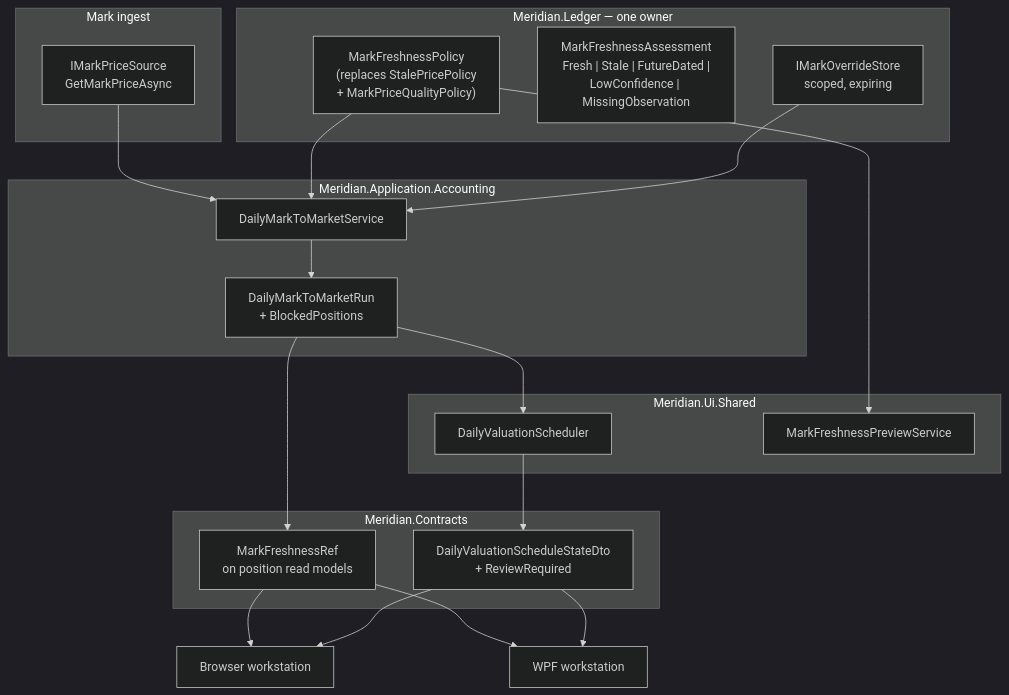
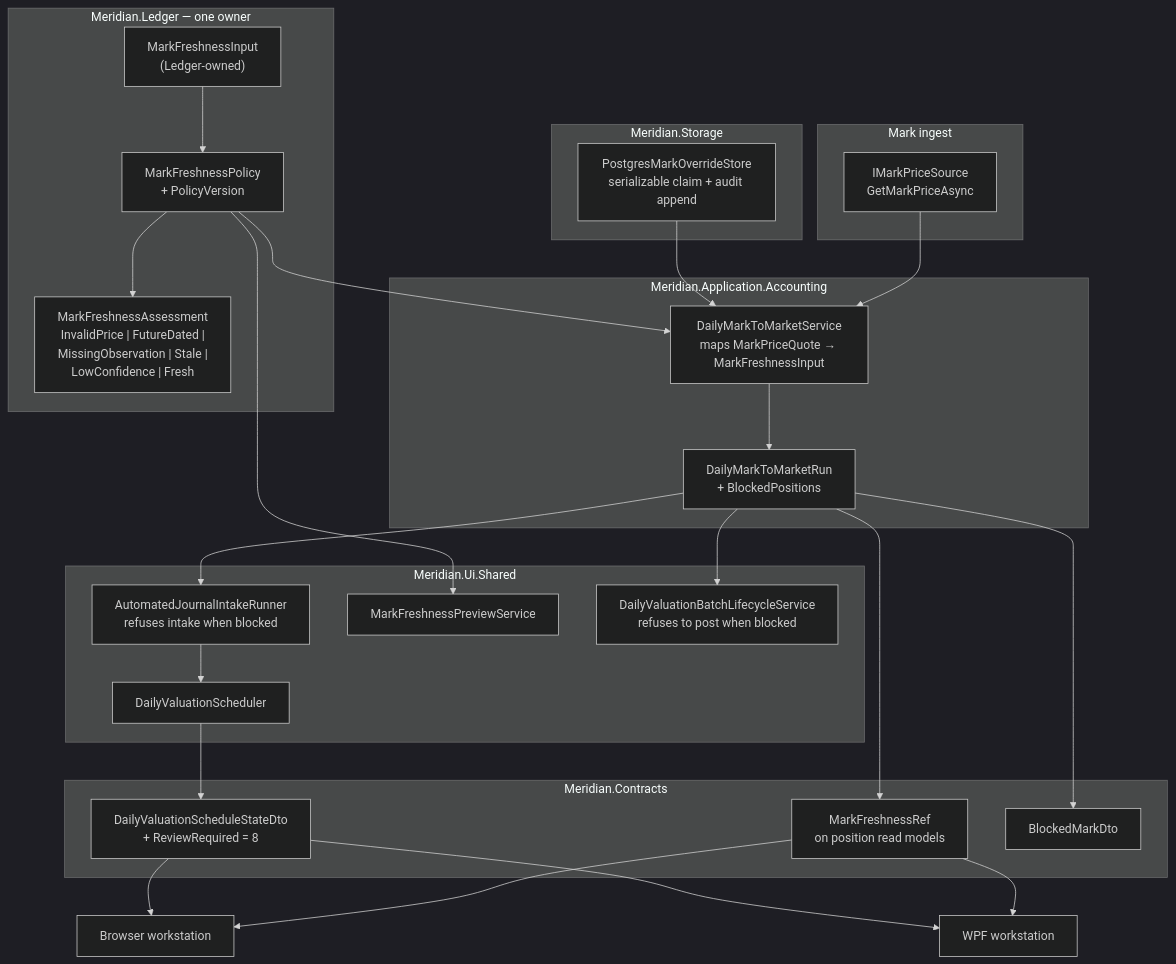
Before and after one commit to rodoHasArrived/Meridian-main: the diagram in docs/engineering/blueprints/w10-mark-001-fail-closed-marks.md, drawn with Mermaid (dark theme). The commit also changed other lines of this file and 6 other files, not shown here.

First line of the commit message:
Rewrite the W10-MARK-001 blueprint against 26 review findings

````diff
--- a/docs/engineering/blueprints/w10-mark-001-fail-closed-marks.md
+++ b/docs/engineering/blueprints/w10-mark-001-fail-closed-marks.md
@@ -57,33 +76,42 @@
 ```mermaid
 flowchart TB
   subgraph src["Mark ingest"]
     MPS["IMarkPriceSource<br/>GetMarkPriceAsync"]
   end
-  subgraph pol["Meridian.Ledger — one owner"]
-    MFP["MarkFreshnessPolicy<br/>(replaces StalePricePolicy<br/>+ MarkPriceQualityPolicy)"]
-    ASM["MarkFreshnessAssessment<br/>Fresh | Stale | FutureDated |<br/>LowConfidence | MissingObservation"]
-    OVR["IMarkOverrideStore<br/>scoped, expiring"]
+  subgraph led["Meridian.Ledger — one owner"]
+    MFP["MarkFreshnessPolicy<br/>+ PolicyVersion"]
+    IN["MarkFreshnessInput<br/>(Ledger-owned)"]
+    ASM["MarkFreshnessAssessment<br/>InvalidPrice | FutureDated |<br/>MissingObservation | Stale |<br/>LowConfidence | Fresh"]
   end
   subgraph app["Meridian.Application.Accounting"]
-    DMM["DailyMarkToMarketService"]
+    DMM["DailyMarkToMarketService<br/>maps MarkPriceQuote → MarkFreshnessInput"]
     RUN["DailyMarkToMarketRun<br/>+ BlockedPositions"]
+  end
+  subgraph sto["Meridian.Storage"]
+    OVR["PostgresMarkOverrideStore<br/>serializable claim + audit append"]
   end
   subgraph sh["Meridian.Ui.Shared"]
     SCH["DailyValuationScheduler"]
+    INT["AutomatedJournalIntakeRunner<br/>refuses intake when blocked"]
     PRV["MarkFreshnessPreviewService"]
+    LIF["DailyValuationBatchLifecycleService<br/>refuses to post when blocked"]
   end
   subgraph ct["Meridian.Contracts"]
     RM["MarkFreshnessRef<br/>on position read models"]
-    ST["DailyValuationScheduleStateDto<br/>+ ReviewRequired"]
+    ST["DailyValuationScheduleStateDto<br/>+ ReviewRequired = 8"]
+    BM["BlockedMarkDto"]
   end
   MPS --> DMM
   MFP --> DMM
+  IN --> MFP --> ASM
   OVR --> DMM
-  DMM --> RUN --> SCH --> ST
+  DMM --> RUN --> INT --> SCH --> ST
+  RUN --> LIF
+  RUN --> BM
   RUN --> RM
   MFP --> PRV
   RM --> BR["Browser workstation"]
   RM --> WP["WPF workstation"]
   ST --> BR
   ST --> WP
 ```
````
